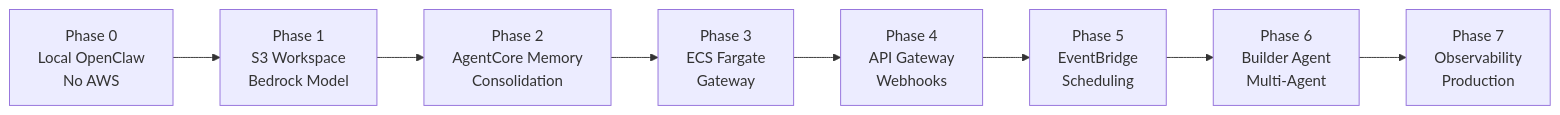
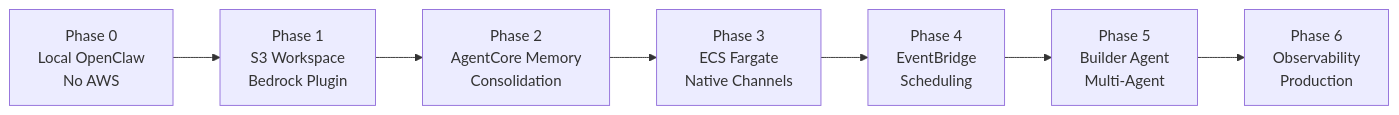
One commit to ForestPenland/openclaw changed the second of 3 diagrams in .kiro/specs/openclaw-aws-extension/design.md. Above: the diagram before and after it, drawn with Mermaid. The commit also changed other lines of this file and 4 other files, not shown here.

````diff
--- a/.kiro/specs/openclaw-aws-extension/design.md
+++ b/.kiro/specs/openclaw-aws-extension/design.md
@@ -138,10 +124,9 @@
 ```mermaid
 graph LR
-    P0[Phase 0<br/>Local OpenClaw<br/>No AWS] --> P1[Phase 1<br/>S3 Workspace<br/>Bedrock Model]
+    P0[Phase 0<br/>Local OpenClaw<br/>No AWS] --> P1[Phase 1<br/>S3 Workspace<br/>Bedrock Plugin]
     P1 --> P2[Phase 2<br/>AgentCore Memory<br/>Consolidation]
-    P2 --> P3[Phase 3<br/>ECS Fargate<br/>Gateway]
-    P3 --> P4[Phase 4<br/>API Gateway<br/>Webhooks]
-    P4 --> P5[Phase 5<br/>EventBridge<br/>Scheduling]
-    P5 --> P6[Phase 6<br/>Builder Agent<br/>Multi-Agent]
-    P6 --> P7[Phase 7<br/>Observability<br/>Production]
+    P2 --> P3[Phase 3<br/>ECS Fargate<br/>Native Channels]
+    P3 --> P4[Phase 4<br/>EventBridge<br/>Scheduling]
+    P4 --> P5[Phase 5<br/>Builder Agent<br/>Multi-Agent]
+    P5 --> P6[Phase 6<br/>Observability<br/>Production]
 ```
````
